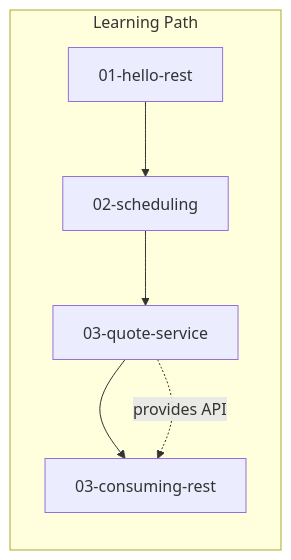
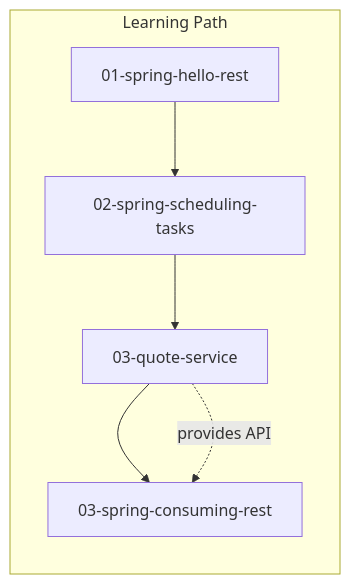
One commit to jguida941/java-spring-tutorials-1 changed the diagram in README.md. Above: the diagram before and after it, drawn with Mermaid. The commit also changed other lines of this file and 31 other files, not shown here.

````diff
--- a/README.md
+++ b/README.md
@@ -19,9 +24,9 @@
 ```mermaid
 flowchart LR
     subgraph Learning Path
-        A[01-hello-rest] --> B[02-scheduling]
+        A[01-spring-hello-rest] --> B[02-spring-scheduling-tasks]
         B --> C[03-quote-service]
-        C --> D[03-consuming-rest]
+        C --> D[03-spring-consuming-rest]
     end
     C -.->|provides API| D
 ```
````
